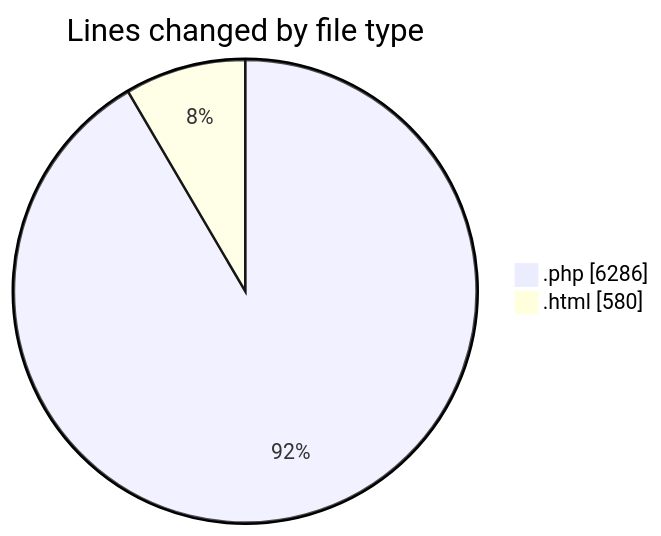
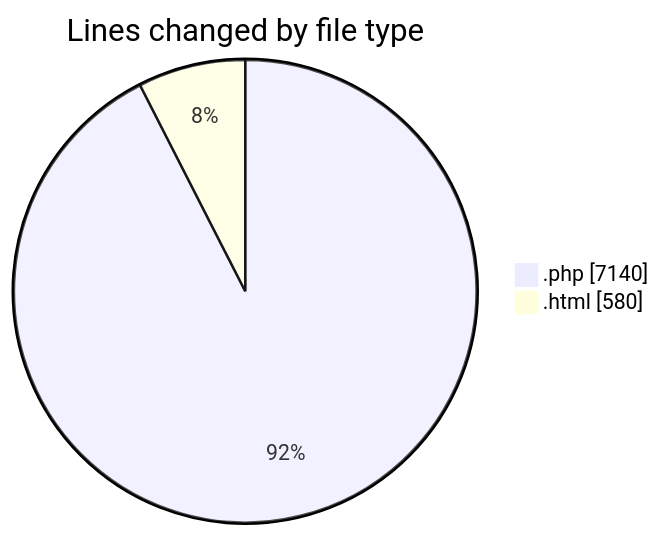
Before and after one commit to lephambinh05/code-tracking: the first of 2 diagrams in 2025-09-02/quytuthien_vn/README.md, drawn with Mermaid. The commit also changed other lines of this file and 1 other file, not shown here.

````diff
--- a/2025-09-02/quytuthien_vn/README.md
+++ b/2025-09-02/quytuthien_vn/README.md
@@ -32,6 +32,6 @@
 ```mermaid
 pie showData
 title Lines changed by file type
-".php" : 6286
+".php" : 7140
 ".html" : 580
 ```
````
